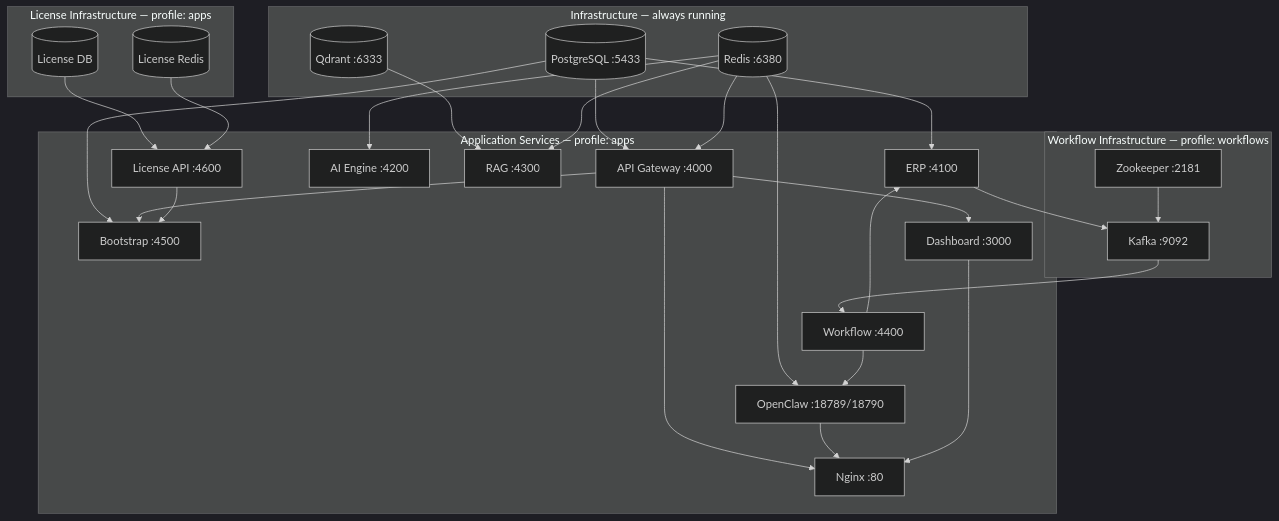
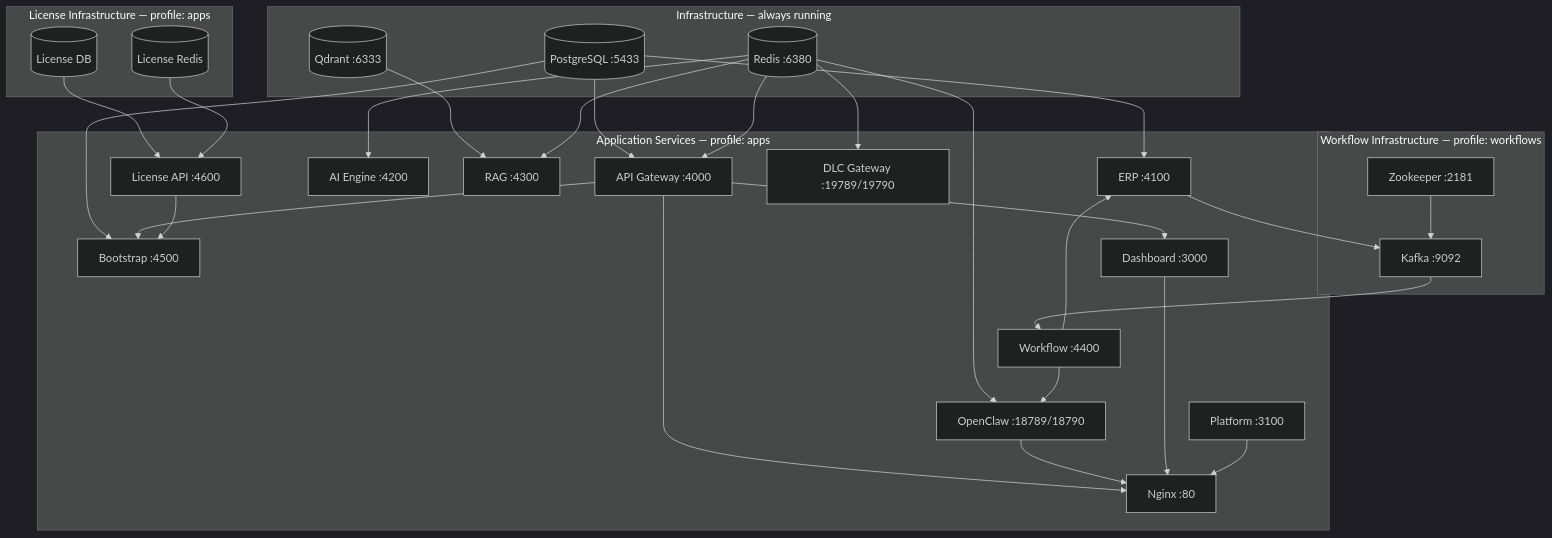
Before and after one commit to bemindlabs/unicore-ecosystem-docs: the diagram in architecture/services.md, drawn with Mermaid (dark theme). The commit also changed other lines of this file and 3 other files, not shown here.

First line of the commit message:
docs: update architecture for 19 services, split domains, and new repos

````diff
--- a/architecture/services.md
+++ b/architecture/services.md
@@ -97,54 +112,58 @@
 ```mermaid
 graph TD
   subgraph Infrastructure [Infrastructure — always running]
     PG[(PostgreSQL :5433)]
     RD[(Redis :6380)]
     QD[(Qdrant :6333)]
   end
 
   subgraph WorkflowInfra [Workflow Infrastructure — profile: workflows]
     ZK[Zookeeper :2181]
     KF[Kafka :9092]
     ZK --> KF
   end
 
   subgraph Apps [Application Services — profile: apps]
     GW[API Gateway :4000]
     ERP[ERP :4100]
     AI[AI Engine :4200]
     RAG[RAG :4300]
     BS[Bootstrap :4500]
     LIC[License API :4600]
     OC[OpenClaw :18789/18790]
     WF[Workflow :4400]
     DASH[Dashboard :3000]
+    PLAT[Platform :3100]
+    DLC[DLC Gateway :19789/19790]
     NGX[Nginx :80]
   end
 
   subgraph LicenseInfra [License Infrastructure — profile: apps]
     LDB[(License DB)]
     LRD[(License Redis)]
   end
 
   PG --> GW
   RD --> GW
   PG --> ERP
   RD --> AI
   QD --> RAG
   RD --> RAG
   PG --> BS
   GW --> BS
   LIC --> BS
   RD --> OC
   KF --> WF
   LDB --> LIC
   LRD --> LIC
   GW --> DASH
+  RD --> DLC
   GW --> NGX
   OC --> NGX
   DASH --> NGX
+  PLAT --> NGX
 
   ERP --> KF
   WF --> ERP
   WF --> OC
 ```
````
